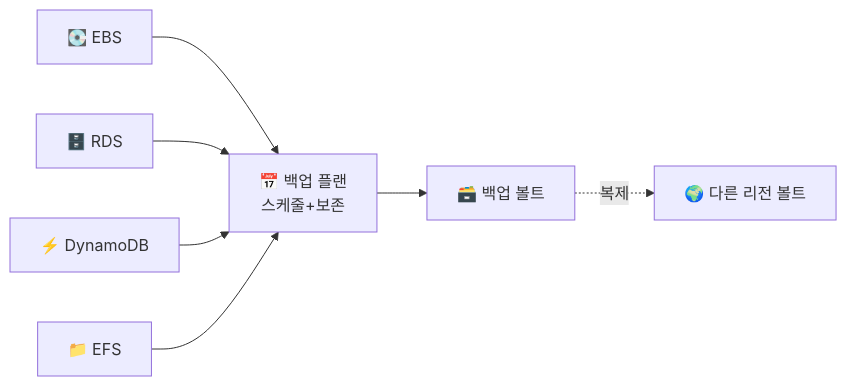
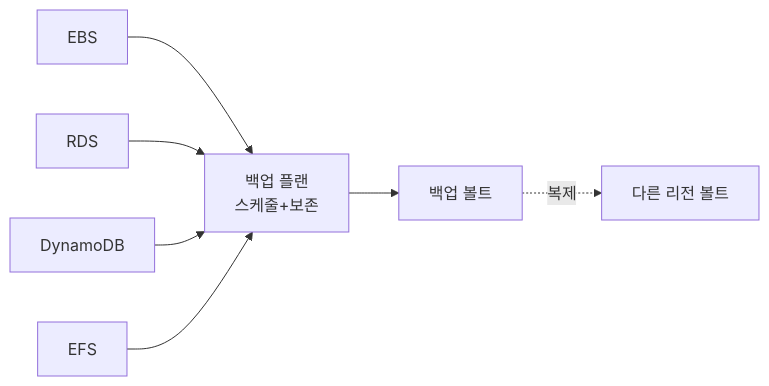
The first of 2 diagrams in contents/aws/storage/backup/index.mdx (una0801/yoona-tech), drawn with Mermaid before and after one commit. The commit also changed other lines of this file and 56 other files, not shown here.

````diff
--- a/contents/aws/storage/backup/index.mdx
+++ b/contents/aws/storage/backup/index.mdx
@@ -74,15 +58,15 @@
 ```mermaid
 flowchart LR
-    Plan["📅 백업 플랜<br/>스케줄+보존"]
-    EBS["💽 EBS"]
-    RDS["🗄️ RDS"]
-    DDB["⚡ DynamoDB"]
-    EFS["📁 EFS"]
-    Vault["🗃️ 백업 볼트"]
+    Plan["백업 플랜<br/>스케줄+보존"]
+    EBS["EBS"]
+    RDS["RDS"]
+    DDB["DynamoDB"]
+    EFS["EFS"]
+    Vault["백업 볼트"]
     EBS --> Plan
     RDS --> Plan
     DDB --> Plan
     EFS --> Plan
     Plan --> Vault
-    Vault -.->|복제| VaultR["🌍 다른 리전 볼트"]
+    Vault -.->|복제| VaultR["다른 리전 볼트"]
 ```
````
